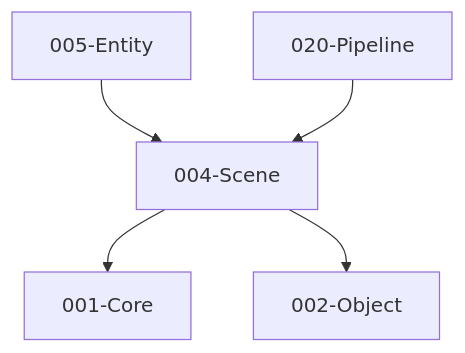
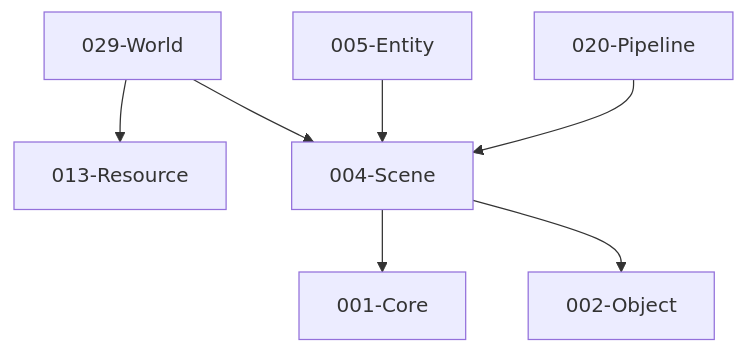
The second of 2 diagrams in docs/module-specs/004-scene.md (liangz0707/TenEngine), drawn with Mermaid before and after one commit. The commit also changed other lines of this file and 59 other files, not shown here.

````diff
--- a/docs/module-specs/004-scene.md
+++ b/docs/module-specs/004-scene.md
@@ -66,12 +75,16 @@
 ```mermaid
 flowchart TB
   Core[001-Core]
   Object[002-Object]
+  Resource[013-Resource]
   Scene[004-Scene]
+  World[029-World]
   Entity[005-Entity]
   Pipeline[020-Pipeline]
   Scene --> Core
   Scene --> Object
+  World --> Scene
+  World --> Resource
   Entity --> Scene
   Pipeline --> Scene
 ```
````
